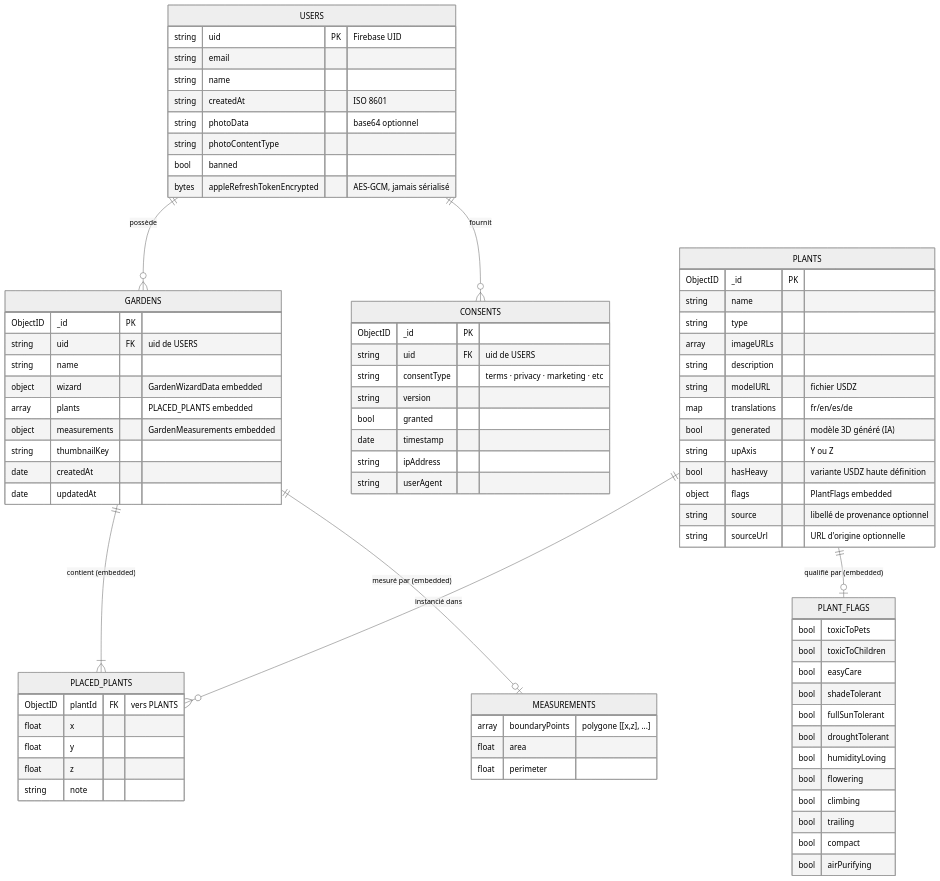
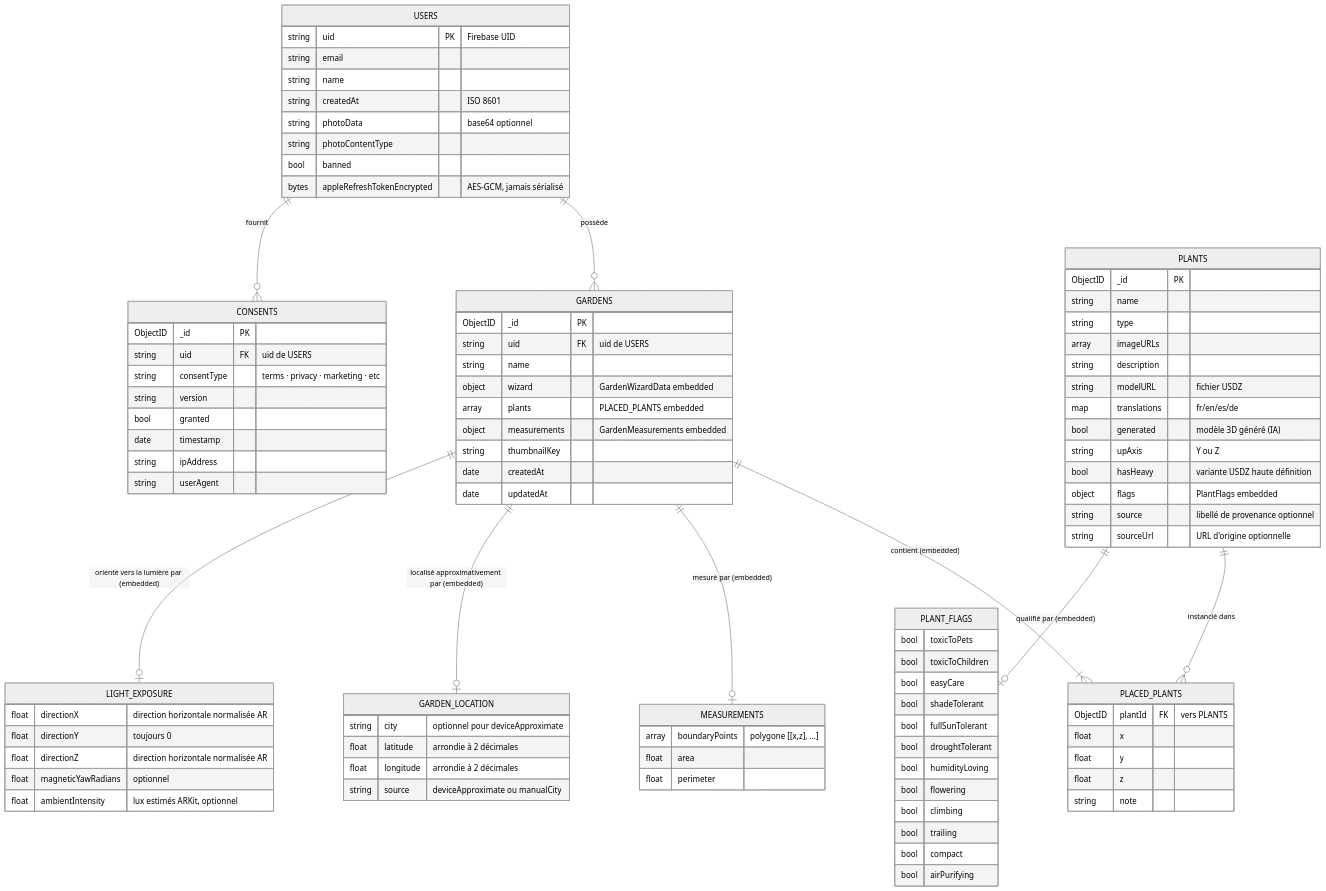
One commit to ArboreTeam/Arbore changed the diagram in docs/fr/architecture/04-data-model.md. Above: the diagram before and after it, drawn with Mermaid (neutral theme). The commit also changed other lines of this file and 50 other files, not shown here.

```diff
--- a/docs/fr/architecture/04-data-model.md
+++ b/docs/fr/architecture/04-data-model.md
@@ -16,6 +16,8 @@
     GARDENS ||--|{ PLACED_PLANTS : "contient (embedded)"
     PLANTS ||--o| PLANT_FLAGS : "qualifié par (embedded)"
     GARDENS ||--o| MEASUREMENTS : "mesuré par (embedded)"
+    GARDENS ||--o| GARDEN_LOCATION : "localisé approximativement par (embedded)"
+    GARDENS ||--o| LIGHT_EXPOSURE : "orienté vers la lumière par (embedded)"
 
     USERS {
         string uid PK "Firebase UID"
@@ -85,6 +87,21 @@
         float perimeter
     }
 
+    GARDEN_LOCATION {
+        string city "optionnel pour deviceApproximate"
+        float latitude "arrondie à 2 décimales"
+        float longitude "arrondie à 2 décimales"
+        string source "deviceApproximate ou manualCity"
+    }
+
+    LIGHT_EXPOSURE {
+        float directionX "direction horizontale normalisée AR"
+        float directionY "toujours 0"
+        float directionZ "direction horizontale normalisée AR"
+        float magneticYawRadians "optionnel"
+        float ambientIntensity "lux estimés ARKit, optionnel"
+    }
+
     CONSENTS {
         ObjectID _id PK
         string uid FK "uid de USERS"
```
